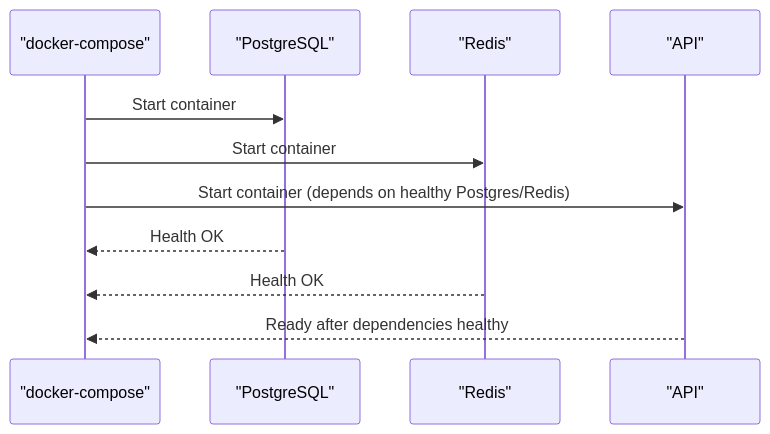
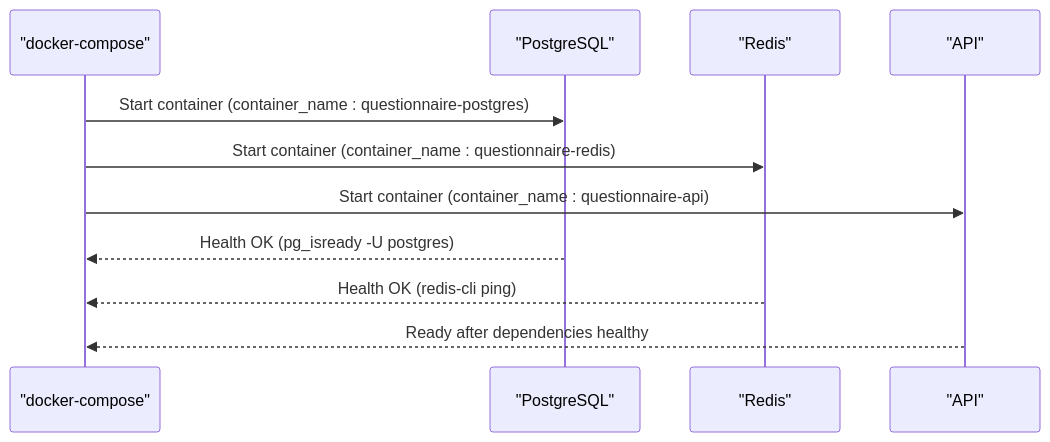
Before and after one commit to Avi-Bendetsky/Quiz-to-build: the fifth of 10 diagrams in .qoder/repowiki/en/content/Deployment and Infrastructure/Docker Containerization.md, drawn with Mermaid. The commit also changed other lines of this file and 41 other files, not shown here.

````diff
--- a/.qoder/repowiki/en/content/Deployment and Infrastructure/Docker Containerization.md
+++ b/.qoder/repowiki/en/content/Deployment and Infrastructure/Docker Containerization.md
@@ -206,13 +393,13 @@
 ```mermaid
 sequenceDiagram
 participant Compose as "docker-compose"
 participant Postgres as "PostgreSQL"
 participant Redis as "Redis"
 participant API as "API"
-Compose->>Postgres : Start container
-Compose->>Redis : Start container
-Compose->>API : Start container (depends on healthy Postgres/Redis)
-Postgres-->>Compose : Health OK
-Redis-->>Compose : Health OK
+Compose->>Postgres : Start container (container_name : questionnaire-postgres)
+Compose->>Redis : Start container (container_name : questionnaire-redis)
+Compose->>API : Start container (container_name : questionnaire-api)
+Postgres-->>Compose : Health OK (pg_isready -U postgres)
+Redis-->>Compose : Health OK (redis-cli ping)
 API-->>Compose : Ready after dependencies healthy
 ```
````
